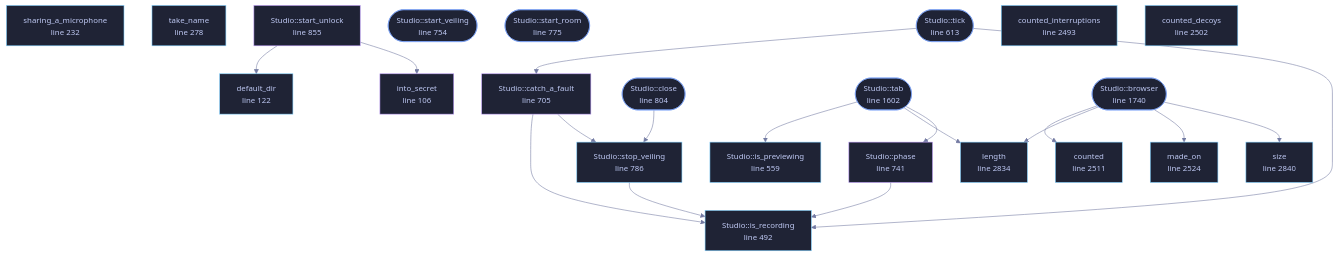
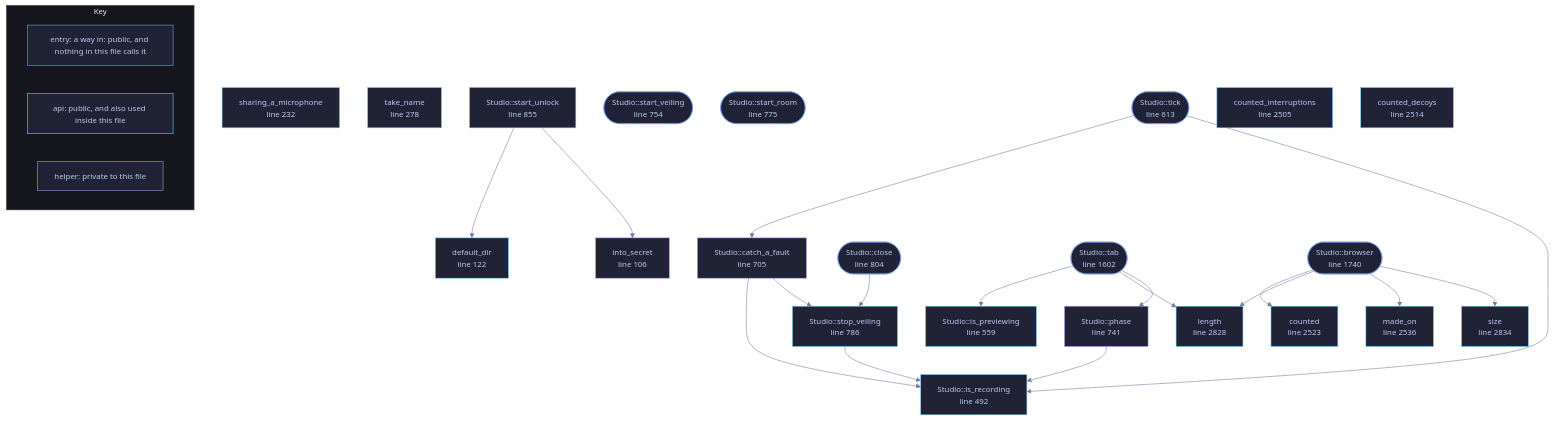
Before and after one commit to tilas01/veilvoice: the diagram in docs/files/veilvoice-gui/studio.md, drawn with Mermaid. The commit also changed other lines of this file and 1510 other files, not shown here.

First line of the commit message:
Regenerate the documentation, wiki, site, graphs and measured numbers

````diff
--- a/docs/files/veilvoice-gui/studio.md
+++ b/docs/files/veilvoice-gui/studio.md
@@ -194,70 +194,79 @@
 ```mermaid
 %%{init: {"theme":"base","themeVariables":{"background":"#1a1b26","primaryColor":"#1f2335","primaryTextColor":"#c0caf5","primaryBorderColor":"#7aa2f7","secondaryColor":"#16161e","tertiaryColor":"#16161e","lineColor":"#737aa2","textColor":"#c0caf5","mainBkg":"#1f2335","nodeBorder":"#7aa2f7","clusterBkg":"#16161e","clusterBorder":"#2f3549","fontFamily":"ui-monospace, SFMono-Regular, Consolas, monospace","fontSize":"14px"}}}%%
 flowchart TD
     n_into_secret["into_secret<br/>line 106"]
     n_default_dir["default_dir<br/>line 122"]
     n_sharing_a_microphone["sharing_a_microphone<br/>line 232"]
     n_take_name["take_name<br/>line 278"]
     n_is_recording["Studio::is_recording<br/>line 492"]
     n_is_previewing["Studio::is_previewing<br/>line 559"]
     n_tick(["Studio::tick<br/>line 613"])
     n_catch_a_fault["Studio::catch_a_fault<br/>line 705"]
     n_phase["Studio::phase<br/>line 741"]
     n_start_veiling(["Studio::start_veiling<br/>line 754"])
     n_start_room(["Studio::start_room<br/>line 775"])
     n_stop_veiling["Studio::stop_veiling<br/>line 786"]
     n_close(["Studio::close<br/>line 804"])
     n_start_unlock["Studio::start_unlock<br/>line 855"]
     n_tab(["Studio::tab<br/>line 1602"])
     n_browser(["Studio::browser<br/>line 1740"])
-    n_counted_interruptions["counted_interruptions<br/>line 2493"]
-    n_counted_decoys["counted_decoys<br/>line 2502"]
-    n_counted["counted<br/>line 2511"]
-    n_made_on["made_on<br/>line 2524"]
-    n_length["length<br/>line 2834"]
-    n_size["size<br/>line 2840"]
+    n_counted_interruptions["counted_interruptions<br/>line 2505"]
+    n_counted_decoys["counted_decoys<br/>line 2514"]
+    n_counted["counted<br/>line 2523"]
+    n_made_on["made_on<br/>line 2536"]
+    n_length["length<br/>line 2828"]
+    n_size["size<br/>line 2834"]
     n_browser --> n_counted
     n_browser --> n_length
     n_browser --> n_made_on
     n_browser --> n_size
     n_catch_a_fault --> n_is_recording
     n_catch_a_fault --> n_stop_veiling
     n_close --> n_stop_veiling
     n_phase --> n_is_recording
     n_start_unlock --> n_default_dir
     n_start_unlock --> n_into_secret
     n_stop_veiling --> n_is_recording
     n_tab --> n_is_previewing
     n_tab --> n_length
     n_tab --> n_phase
     n_tick --> n_catch_a_fault
     n_tick --> n_is_recording
     click n_into_secret href "https://github.com/tilas01/veilvoice/blob/main/crates/veilvoice-gui/src/studio.rs#L106" "open the source"
     click n_default_dir href "https://github.com/tilas01/veilvoice/blob/main/crates/veilvoice-gui/src/studio.rs#L122" "open the source"
     click n_sharing_a_microphone href "https://github.com/tilas01/veilvoice/blob/main/crates/veilvoice-gui/src/studio.rs#L232" "open the source"
     click n_take_name href "https://github.com/tilas01/veilvoice/blob/main/crates/veilvoice-gui/src/studio.rs#L278" "open the source"
     click n_is_recording href "https://github.com/tilas01/veilvoice/blob/main/crates/veilvoice-gui/src/studio.rs#L492" "open the source"
     click n_is_previewing href "https://github.com/tilas01/veilvoice/blob/main/crates/veilvoice-gui/src/studio.rs#L559" "open the source"
     click n_tick href "https://github.com/tilas01/veilvoice/blob/main/crates/veilvoice-gui/src/studio.rs#L613" "open the source"
     click n_catch_a_fault href "https://github.com/tilas01/veilvoice/blob/main/crates/veilvoice-gui/src/studio.rs#L705" "open the source"
     click n_phase href "https://github.com/tilas01/veilvoice/blob/main/crates/veilvoice-gui/src/studio.rs#L741" "open the source"
     click n_start_veiling href "https://github.com/tilas01/veilvoice/blob/main/crates/veilvoice-gui/src/studio.rs#L754" "open the source"
     click n_start_room href "https://github.com/tilas01/veilvoice/blob/main/crates/veilvoice-gui/src/studio.rs#L775" "open the source"
     click n_stop_veiling href "https://github.com/tilas01/veilvoice/blob/main/crates/veilvoice-gui/src/studio.rs#L786" "open the source"
     click n_close href "https://github.com/tilas01/veilvoice/blob/main/crates/veilvoice-gui/src/studio.rs#L804" "open the source"
     click n_start_unlock href "https://github.com/tilas01/veilvoice/blob/main/crates/veilvoice-gui/src/studio.rs#L855" "open the source"
     click n_tab href "https://github.com/tilas01/veilvoice/blob/main/crates/veilvoice-gui/src/studio.rs#L1602" "open the source"
     click n_browser href "https://github.com/tilas01/veilvoice/blob/main/crates/veilvoice-gui/src/studio.rs#L1740" "open the source"
-    click n_counted_interruptions href "https://github.com/tilas01/veilvoice/blob/main/crates/veilvoice-gui/src/studio.rs#L2493" "open the source"
-    click n_counted_decoys href "https://github.com/tilas01/veilvoice/blob/main/crates/veilvoice-gui/src/studio.rs#L2502" "open the source"
-    click n_counted href "https://github.com/tilas01/veilvoice/blob/main/crates/veilvoice-gui/src/studio.rs#L2511" "open the source"
-    click n_made_on href "https://github.com/tilas01/veilvoice/blob/main/crates/veilvoice-gui/src/studio.rs#L2524" "open the source"
-    click n_length href "https://github.com/tilas01/veilvoice/blob/main/crates/veilvoice-gui/src/studio.rs#L2834" "open the source"
-    click n_size href "https://github.com/tilas01/veilvoice/blob/main/crates/veilvoice-gui/src/studio.rs#L2840" "open the source"
+    click n_counted_interruptions href "https://github.com/tilas01/veilvoice/blob/main/crates/veilvoice-gui/src/studio.rs#L2505" "open the source"
+    click n_counted_decoys href "https://github.com/tilas01/veilvoice/blob/main/crates/veilvoice-gui/src/studio.rs#L2514" "open the source"
+    click n_counted href "https://github.com/tilas01/veilvoice/blob/main/crates/veilvoice-gui/src/studio.rs#L2523" "open the source"
+    click n_made_on href "https://github.com/tilas01/veilvoice/blob/main/crates/veilvoice-gui/src/studio.rs#L2536" "open the source"
+    click n_length href "https://github.com/tilas01/veilvoice/blob/main/crates/veilvoice-gui/src/studio.rs#L2828" "open the source"
+    click n_size href "https://github.com/tilas01/veilvoice/blob/main/crates/veilvoice-gui/src/studio.rs#L2834" "open the source"
     classDef entry fill:#1f2335,stroke:#7aa2f7,color:#c0caf5
     class n_tick,n_start_veiling,n_start_room,n_close,n_tab,n_browser entry
     classDef api fill:#1f2335,stroke:#7dcfff,color:#c0caf5
     class n_default_dir,n_sharing_a_microphone,n_take_name,n_is_recording,n_is_previewing,n_stop_veiling,n_counted_interruptions,n_counted_decoys,n_counted,n_made_on,n_length,n_size api
     classDef helper fill:#1f2335,stroke:#bb9af7,color:#c0caf5
     class n_into_secret,n_catch_a_fault,n_phase,n_start_unlock helper
+    subgraph chart_key ["Key"]
+        direction LR
+        key_entry["entry: a way in: public, and nothing in this file calls it"]
+        key_api["api: public, and also used inside this file"]
+        key_helper["helper: private to this file"]
+    end
+    class key_entry entry
+    class key_api api
+    class key_helper helper
 ```
````
